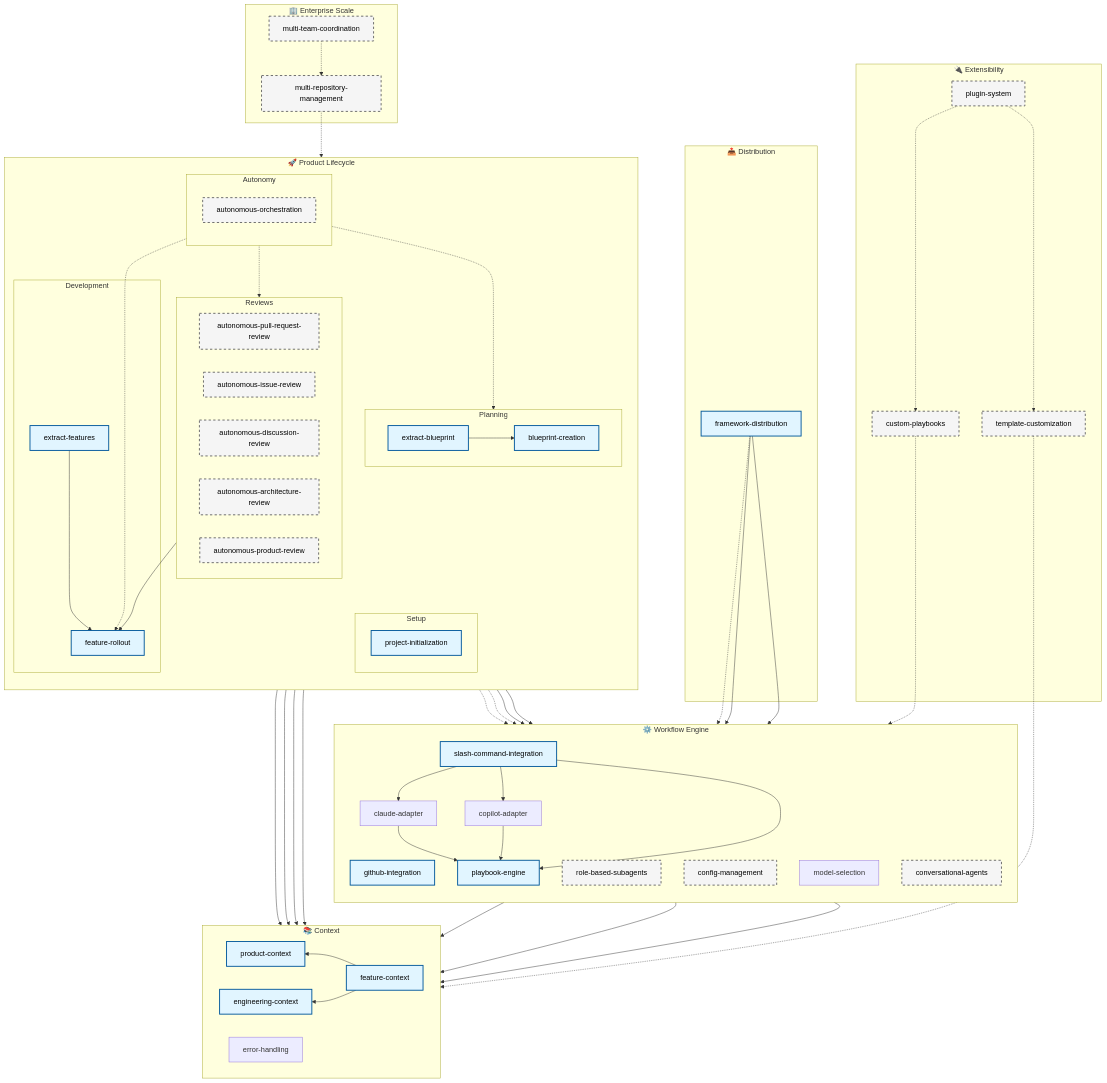
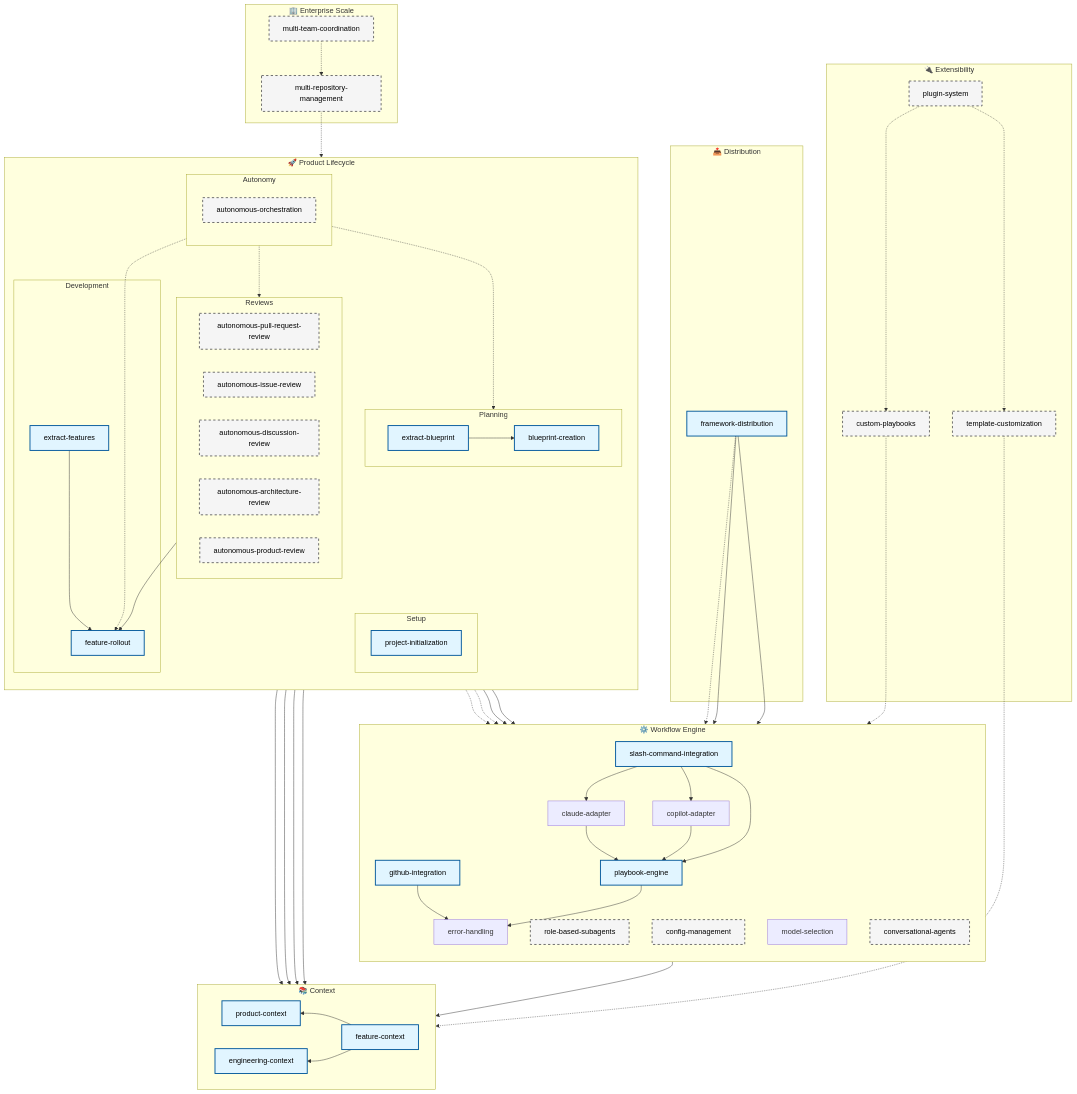
One commit to Xerilium/catalyst changed the diagram in .xe/features/blueprint/plan.md. Above: the diagram before and after it, drawn with Mermaid. The commit also changed other lines of this file and 1 other file, not shown here.

First line of the commit message:
[Catalyst][Feature] Create error-handling specification

```diff
--- a/.xe/features/blueprint/plan.md
+++ b/.xe/features/blueprint/plan.md
@@ -352,7 +352,6 @@
         direction RL
         pc[product-context]
         ec[engineering-context]
-        eh[error-handling]
         fc[feature-context]
         fc --> pc
         fc --> ec
@@ -360,6 +359,7 @@
 
     subgraph engine["⚙️ Workflow Engine"]
         direction TB
+        eh[error-handling]
         gh[github-integration]
         gh --> eh
         pe[playbook-engine]
```
